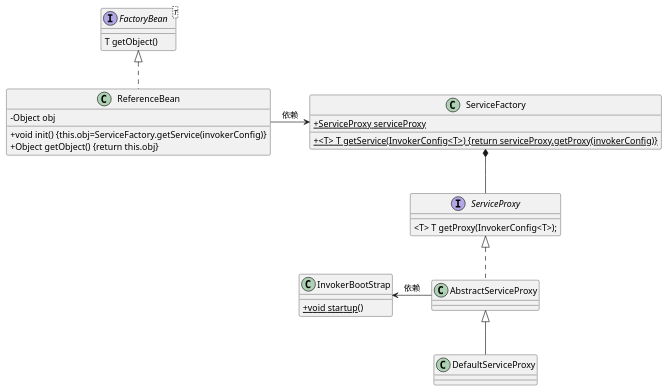
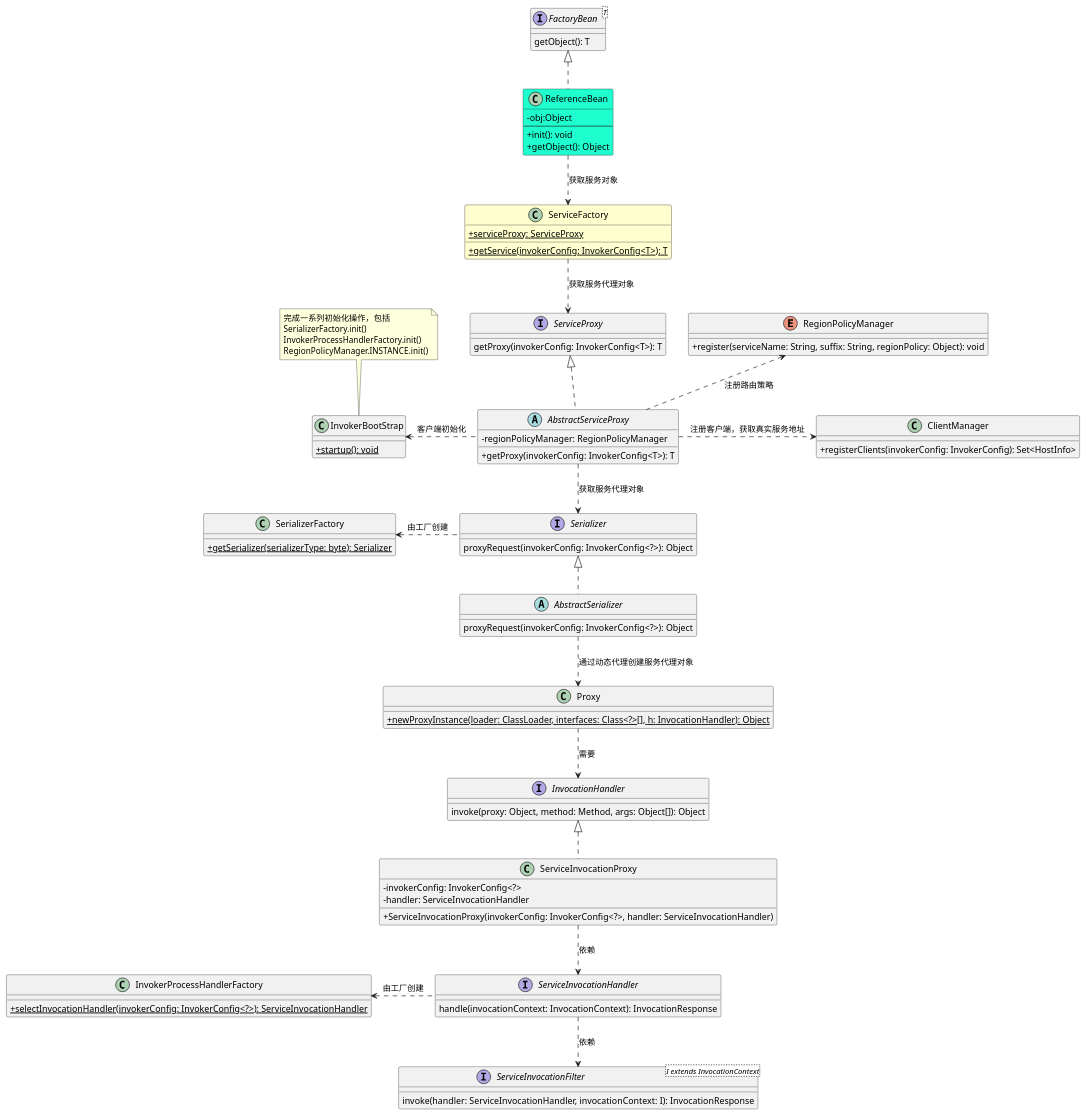
The diagram in src/main/resources/notes/plantuml/ReferenceBean.puml (peanutForest/pigeon-learn), drawn with PlantUML before and after one commit. The commit also changed 36 other files, not shown here.

Commit message:
客户端调用时序图，学习笔记.md

```diff
--- a/src/main/resources/notes/plantuml/ReferenceBean.puml
+++ b/src/main/resources/notes/plantuml/ReferenceBean.puml
@@ -1,33 +1,83 @@
 @startuml
 skinparam classAttributeIconSize 0
 interface FactoryBean<T> {
-    T getObject()
+    getObject(): T
 }
-class ReferenceBean {
-    - Object obj
-    + void init() {this.obj=ServiceFactory.getService(invokerConfig)}
-    + Object getObject() {return this.obj}
+class ReferenceBean #1EFECE {
+    - obj:Object
+    --
+    + init(): void
+    + getObject(): Object
 }
-class ServiceFactory {
-    + {static} ServiceProxy serviceProxy
-    + {static} <T> T getService(InvokerConfig<T>) {return serviceProxy.getProxy(invokerConfig)}
+class ServiceFactory #FEFECE {
+    + {static} serviceProxy: ServiceProxy
+    + {static} getService(invokerConfig: InvokerConfig<T>): T
 }
 interface ServiceProxy {
-    <T> T getProxy(InvokerConfig<T>);
+    getProxy(invokerConfig: InvokerConfig<T>): T
 }
-class DefaultServiceProxy {
-
-}
-class AbstractServiceProxy {
-
+abstract class AbstractServiceProxy {
+   - regionPolicyManager: RegionPolicyManager
+   + getProxy(invokerConfig: InvokerConfig<T>): T
 }
 class InvokerBootStrap {
-    + {static} void startup()
+    + {static} startup(): void
+}
+enum RegionPolicyManager {
+    + register(serviceName: String, suffix: String, regionPolicy: Object): void
+}
+class ClientManager {
+    + registerClients(invokerConfig: InvokerConfig): Set<HostInfo>
+}
+note top of InvokerBootStrap
+    完成一系列初始化操作，包括
+    SerializerFactory.init()
+    InvokerProcessHandlerFactory.init()
+    RegionPolicyManager.INSTANCE.init()
+end note
+interface Serializer {
+    proxyRequest(invokerConfig: InvokerConfig<?>): Object
+}
+class SerializerFactory {
+    + {static} getSerializer(serializerType: byte): Serializer
+}
+abstract class AbstractSerializer {
+    proxyRequest(invokerConfig: InvokerConfig<?>): Object
+}
+class Proxy {
+    + {static} newProxyInstance(loader: ClassLoader, interfaces: Class<?>[], h: InvocationHandler): Object
+}
+interface InvocationHandler {
+    invoke(proxy: Object, method: Method, args: Object[]): Object
+}
+class ServiceInvocationProxy {
+    - invokerConfig: InvokerConfig<?>
+    - handler: ServiceInvocationHandler
+    + ServiceInvocationProxy(invokerConfig: InvokerConfig<?>, handler: ServiceInvocationHandler)
+}
+interface ServiceInvocationHandler {
+    handle(invocationContext: InvocationContext): InvocationResponse
+}
+class InvokerProcessHandlerFactory {
+    + {static} selectInvocationHandler(invokerConfig: InvokerConfig<?>): ServiceInvocationHandler
+}
+interface ServiceInvocationFilter<I extends InvocationContext> {
+    invoke(handler: ServiceInvocationHandler, invocationContext: I): InvocationResponse
 }
 FactoryBean <|.. ReferenceBean
-ReferenceBean -right-> ServiceFactory : 依赖
-ServiceFactory *-- ServiceProxy
+ReferenceBean .down.> ServiceFactory : 获取服务对象
+ServiceFactory .down.> ServiceProxy : 获取服务代理对象
 ServiceProxy <|.. AbstractServiceProxy
-AbstractServiceProxy <|-- DefaultServiceProxy
-AbstractServiceProxy -left-> InvokerBootStrap : 依赖
+AbstractServiceProxy .left.> InvokerBootStrap : 客户端初始化
+AbstractServiceProxy .up.> RegionPolicyManager : 注册路由策略
+AbstractServiceProxy .right.> ClientManager : 注册客户端，获取真实服务地址
+AbstractServiceProxy .down.> Serializer : 获取服务代理对象
+Serializer .left.> SerializerFactory : 由工厂创建
+Serializer <|.. AbstractSerializer
+AbstractSerializer .down.> Proxy : 通过动态代理创建服务代理对象
+Proxy .down.> InvocationHandler : 需要
+InvocationHandler <|.. ServiceInvocationProxy
+ServiceInvocationProxy .down.> ServiceInvocationHandler : 依赖
+ServiceInvocationHandler .left.> InvokerProcessHandlerFactory : 由工厂创建
+ServiceInvocationHandler ..> ServiceInvocationFilter : 依赖
 @enduml
```
